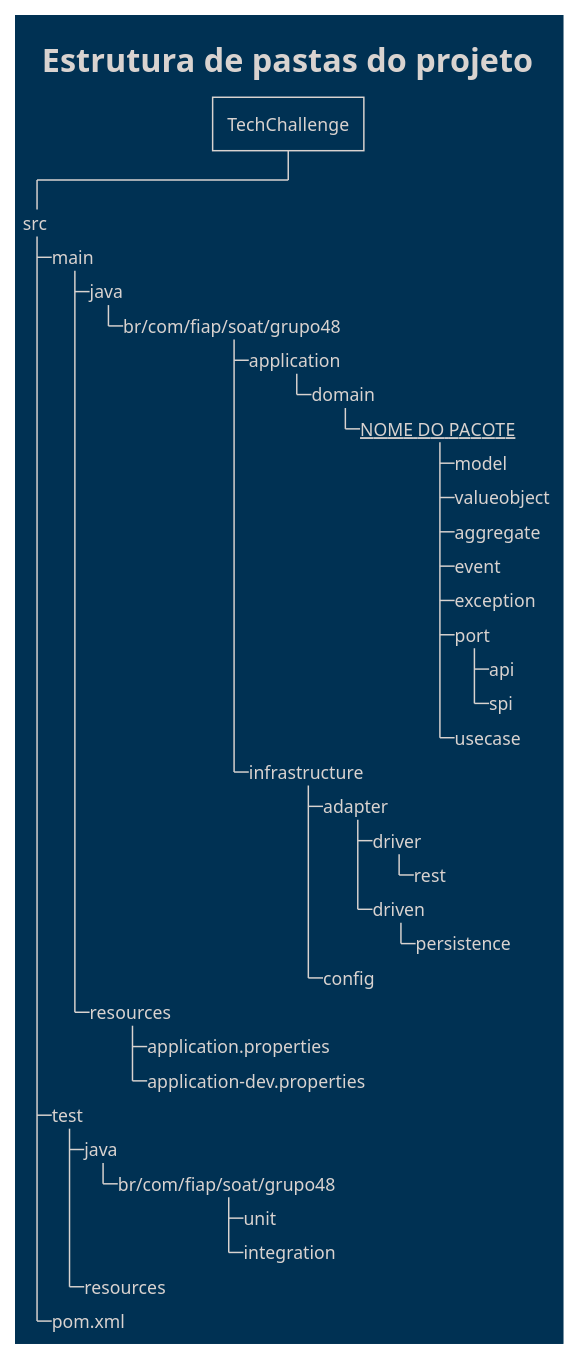
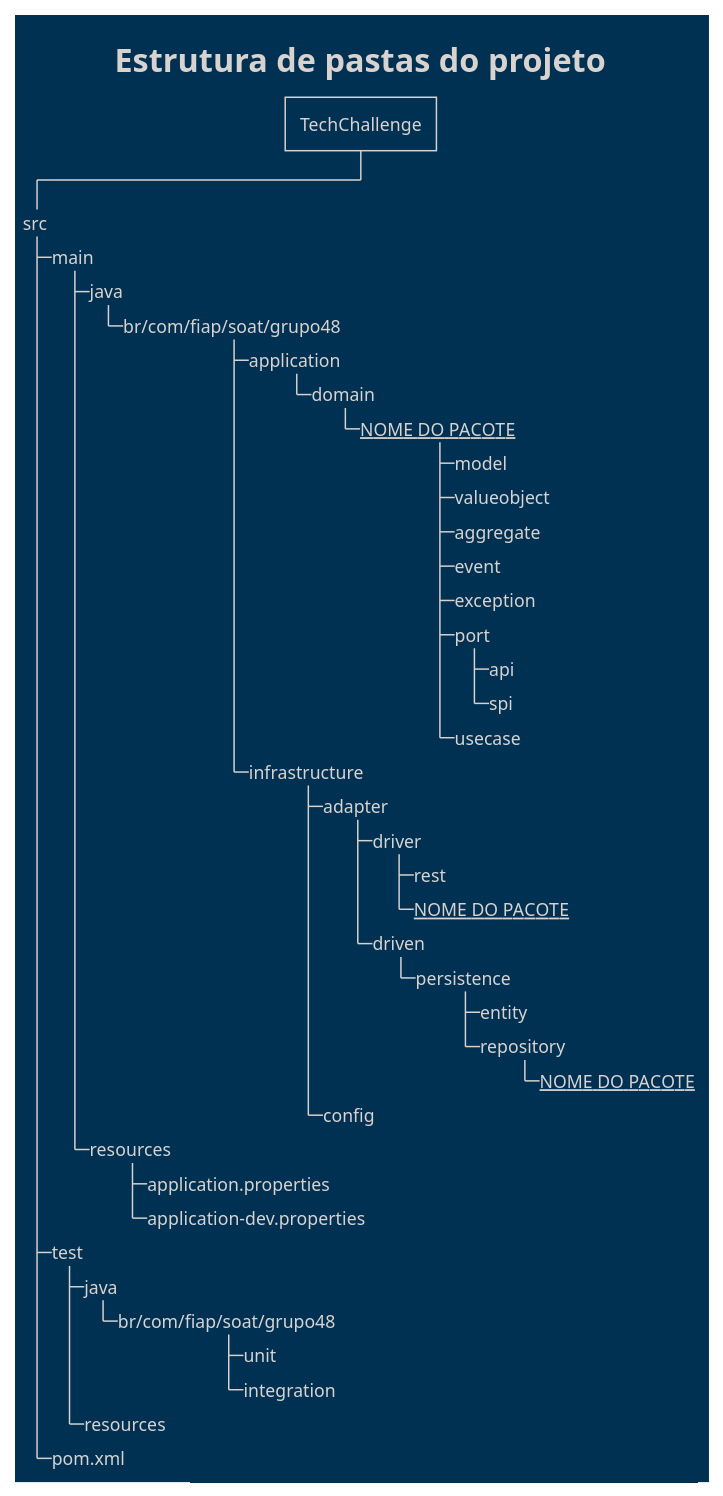
The diagram in Diagrams/Architecture/ProjectFolderStructure.puml (4SOAT-G48/TechChallengeDocs), drawn with PlantUML before and after one commit. The commit also changed 3 other files, not shown here.

```diff
--- a/Diagrams/Architecture/ProjectFolderStructure.puml
+++ b/Diagrams/Architecture/ProjectFolderStructure.puml
@@ -1,47 +1,51 @@
 @startwbs ProjectFolderStructure
 
 !theme blueprint
 '!theme mimeograph
 '!theme reddress-darkblue
 '!theme vibrant
 
 title
     Estrutura de pastas do projeto
 end title
 
 * TechChallenge
 **_ src
 ***_ main
 ****_ java
 *****_ br/com/fiap/soat/grupo48
 ******_ application
 *******_ domain
 ********_ __NOME DO PACOTE__
 *********_ model
 *********_ valueobject
 *********_ aggregate
 *********_ event
 *********_ exception
 *********_ port
 **********_ api
 **********_ spi
 *********_ usecase
 ******_ infrastructure
 *******_ adapter
 ********_ driver
 *********_ rest
+*********_ __NOME DO PACOTE__
 ********_ driven
 *********_ persistence
+**********_ entity
+**********_ repository
+***********_ __NOME DO PACOTE__
 *******_ config
 ****_ resources
 *****_ application.properties
 *****_ application-dev.properties
 ***_ test
 ****_ java
 *****_ br/com/fiap/soat/grupo48
 ******_ unit
 ******_ integration
 ****_ resources
 ***_ pom.xml
 
 @endwbs
```
